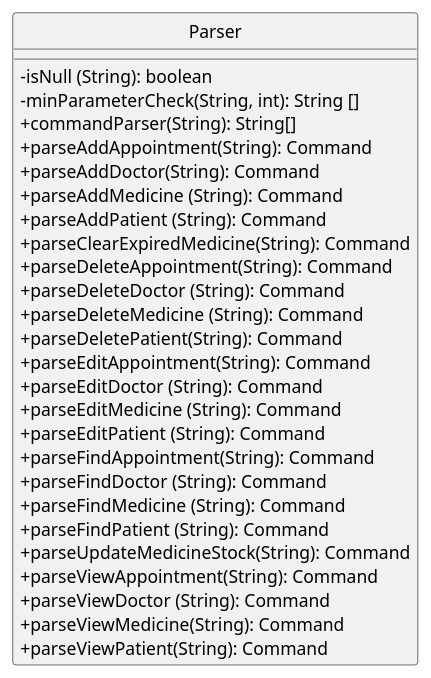
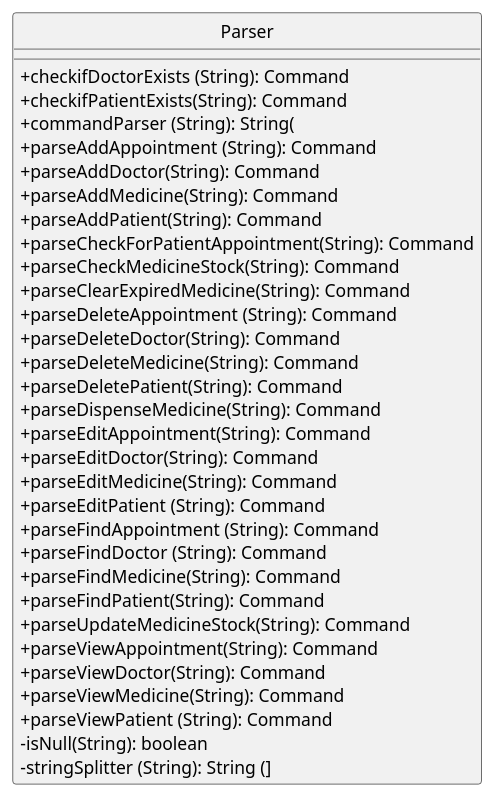
One commit to nus-cs2113-AY2122S2/tp changed the diagram in docs/diagrams/ParserClassUML.puml. Above: the diagram before and after it, drawn with PlantUML. The commit also changed 9 other files, not shown here.

```diff
--- a/docs/diagrams/ParserClassUML.puml
+++ b/docs/diagrams/ParserClassUML.puml
@@ -1,32 +1,37 @@
 @startuml
 hide circle
 skinparam classAttributeIconSize 0
 
 class Parser {
--isNull (String): boolean
--minParameterCheck(String, int): String []
-+commandParser(String): String[]
-+parseAddAppointment(String): Command
++checkifDoctorExists (String): Command
++checkifPatientExists(String): Command
++commandParser (String): String(
++parseAddAppointment (String): Command
 +parseAddDoctor(String): Command
-+parseAddMedicine (String): Command
-+parseAddPatient (String): Command
++parseAddMedicine(String): Command
++parseAddPatient(String): Command
++parseCheckForPatientAppointment(String): Command
++parseCheckMedicineStock(String): Command
 +parseClearExpiredMedicine(String): Command
-+parseDeleteAppointment(String): Command
-+parseDeleteDoctor (String): Command
-+parseDeleteMedicine (String): Command
++parseDeleteAppointment (String): Command
++parseDeleteDoctor(String): Command
++parseDeleteMedicine(String): Command
 +parseDeletePatient(String): Command
++parseDispenseMedicine(String): Command
 +parseEditAppointment(String): Command
-+parseEditDoctor (String): Command
-+parseEditMedicine (String): Command
++parseEditDoctor(String): Command
++parseEditMedicine(String): Command
 +parseEditPatient (String): Command
-+parseFindAppointment(String): Command
++parseFindAppointment (String): Command
 +parseFindDoctor (String): Command
-+parseFindMedicine (String): Command
-+parseFindPatient (String): Command
++parseFindMedicine(String): Command
++parseFindPatient(String): Command
 +parseUpdateMedicineStock(String): Command
 +parseViewAppointment(String): Command
-+parseViewDoctor (String): Command
++parseViewDoctor(String): Command
 +parseViewMedicine(String): Command
-+parseViewPatient(String): Command
++parseViewPatient (String): Command
+-isNull(String): boolean
+-stringSplitter (String): String (]
 }
 @enduml
```
